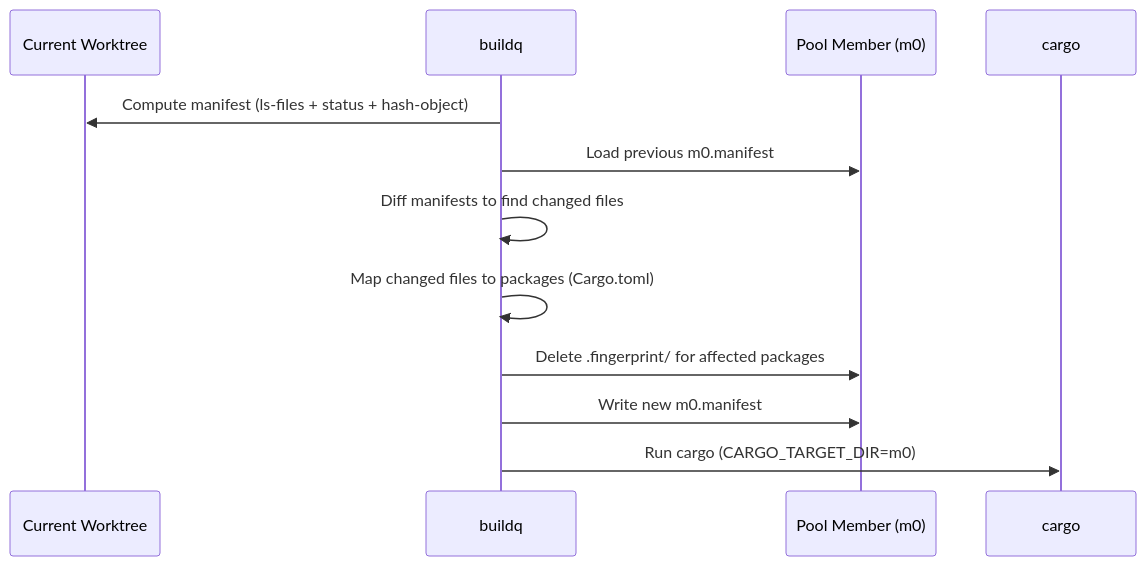
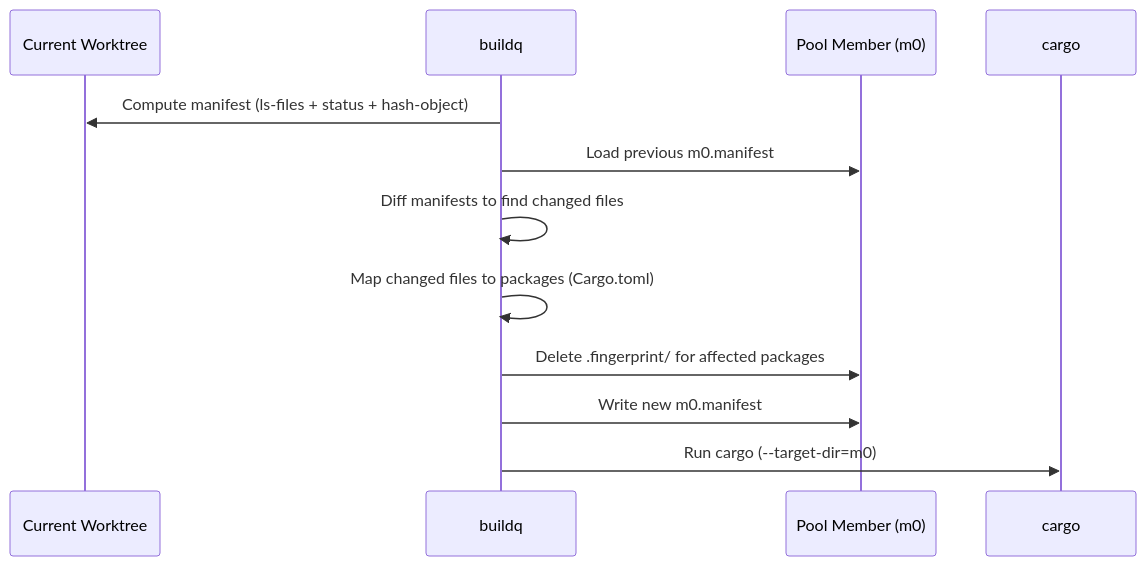
The second of 2 diagrams in docs/architecture.md (r4ai/buildq), drawn with Mermaid before and after one commit. The commit also changed other lines of this file and 11 other files, not shown here.

````diff
--- a/docs/architecture.md
+++ b/docs/architecture.md
@@ -126,15 +145,15 @@
 ```mermaid
 sequenceDiagram
     participant WT as Current Worktree
     participant BQ as buildq
     participant Mem as Pool Member (m0)
     participant Cargo as cargo
 
     BQ->>WT: Compute manifest (ls-files + status + hash-object)
     BQ->>Mem: Load previous m0.manifest
     BQ->>BQ: Diff manifests to find changed files
     BQ->>BQ: Map changed files to packages (Cargo.toml)
     BQ->>Mem: Delete .fingerprint/ for affected packages
     BQ->>Mem: Write new m0.manifest
-    BQ->>Cargo: Run cargo (CARGO_TARGET_DIR=m0)
+    BQ->>Cargo: Run cargo (--target-dir=m0)
 ```
````
